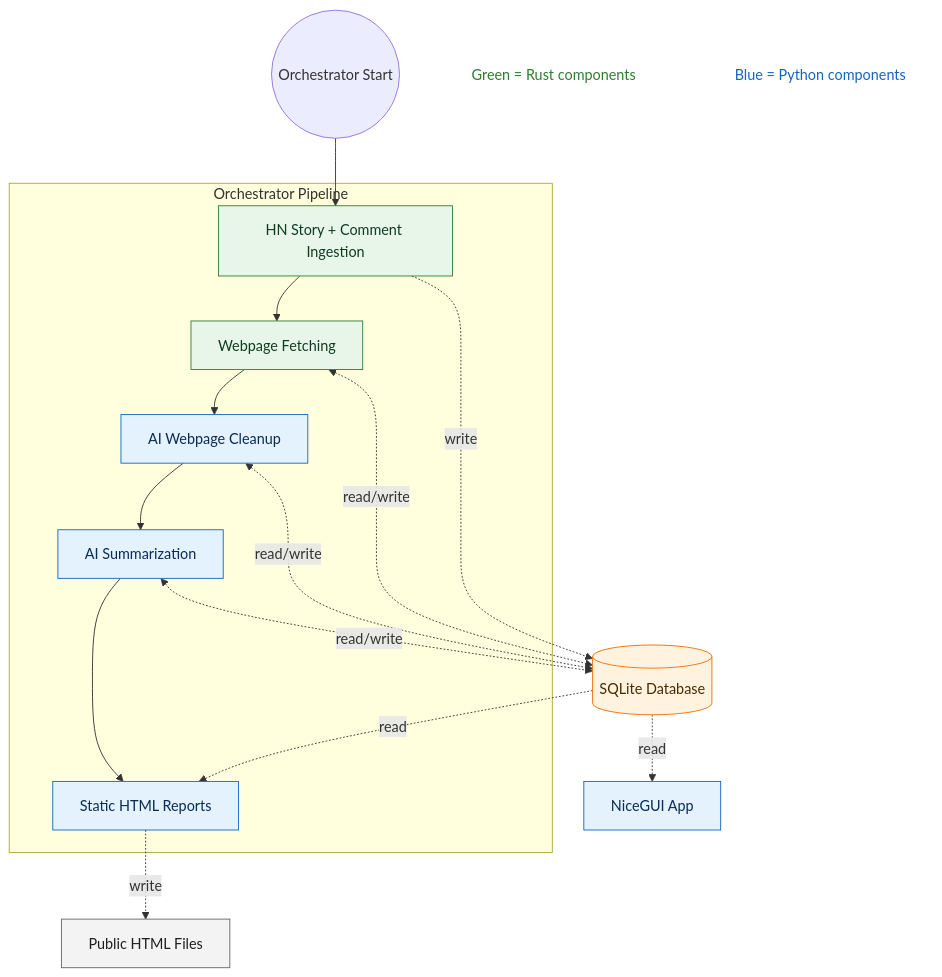
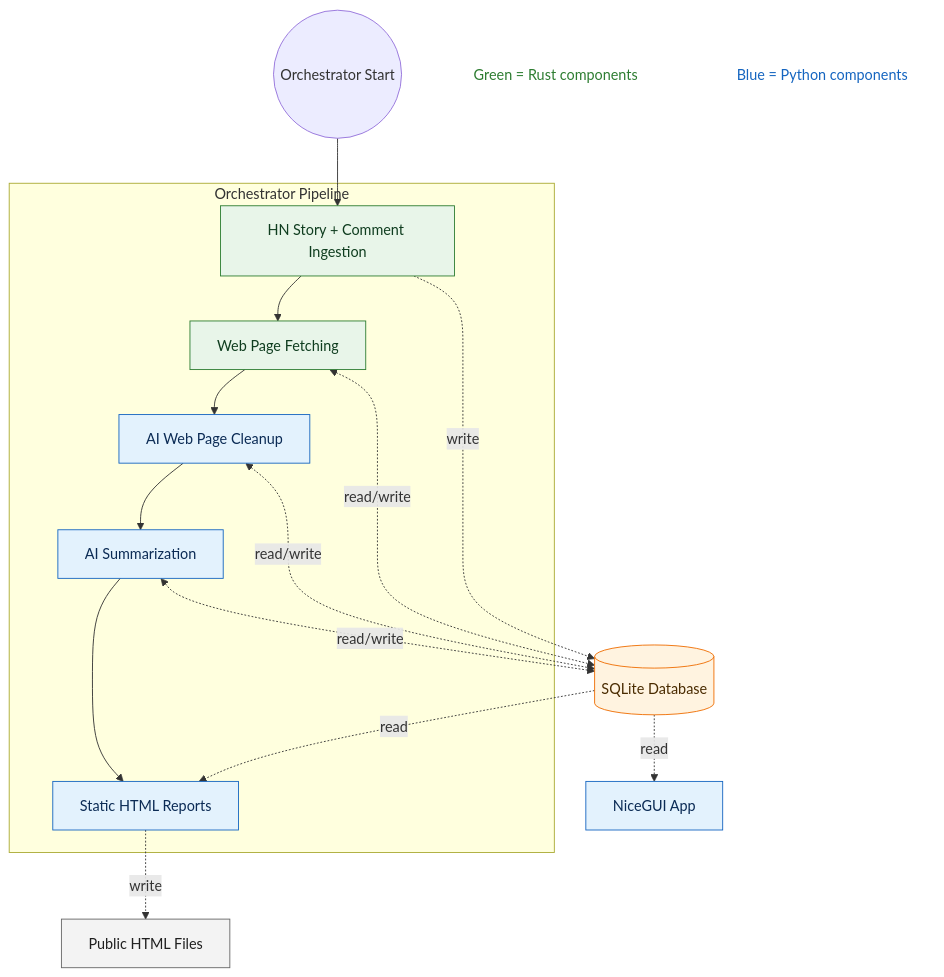
One commit to ceshine/ceshine-hugo changed the first of 5 diagrams in content/post/20260211-hacker-news-reader/index.md. Above: the diagram before and after it, drawn with Mermaid. The commit also changed other lines of this file, not shown here.

````diff
--- a/content/post/20260211-hacker-news-reader/index.md
+++ b/content/post/20260211-hacker-news-reader/index.md
@@ -43,51 +43,50 @@
 ```mermaid
 flowchart TB
   START((Orchestrator Start))
   INGEST[HN Story + Comment Ingestion]
-  FETCH[Webpage Fetching]
-  PARSE[AI Webpage Cleanup]
+  FETCH[Web Page Fetching]
+  PARSE[AI Web Page Cleanup]
   SUMM[AI Summarization]
   REPORT[Static HTML Reports]
   PUBLIC[Public HTML Files]
   VIS[NiceGUI App]
   DB[(SQLite Database)]
 
   subgraph PIPELINE["Orchestrator Pipeline"]
     INGEST
     FETCH
     PARSE
     SUMM
     REPORT
   end
 
   START --> INGEST --> FETCH --> PARSE --> SUMM --> REPORT
 
   PARSE <-. read/write .-> DB
   SUMM <-. read/write .-> DB
   DB -. read .-> REPORT
   FETCH <-. read/write .-> DB
   INGEST -. write .-> DB
   DB -. read .-> VIS
   REPORT -. write .-> PUBLIC
 
 
   RUST_NOTE["Green = Rust components"]:::rust_legend
   PY_NOTE["Blue = Python components"]:::python_legend
 
   class INGEST rust;
   class FETCH rust;
   class PARSE python;
   class SUMM python;
   class REPORT python;
   class VIS python;
   class DB db;
   class PUBLIC frontend;
 
-  classDef rust fill:#e8f5e9,stroke:#2e7d32,stroke-width:1px,color:#0b2b55;
   classDef python fill:#e3f2fd,stroke:#1565c0,stroke-width:1px,color:#0b2b55;
   classDef db fill:#fff3e0,stroke:#ef6c00,stroke-width:1px,color:#4a2b00;
   classDef frontend fill:#f3f3f3,stroke:#666,stroke-width:1px,color:#1f1f1f;
   classDef rust fill:#e8f5e9,stroke:#2e7d32,stroke-width:1px,color:#0f3d1f;
   classDef rust_legend fill:transparent,stroke:transparent,color:#2e7d32,stroke-width:0px;
   classDef python_legend fill:transparent,stroke:transparent,color:#1565c0,stroke-width:0px;
 ```
````
